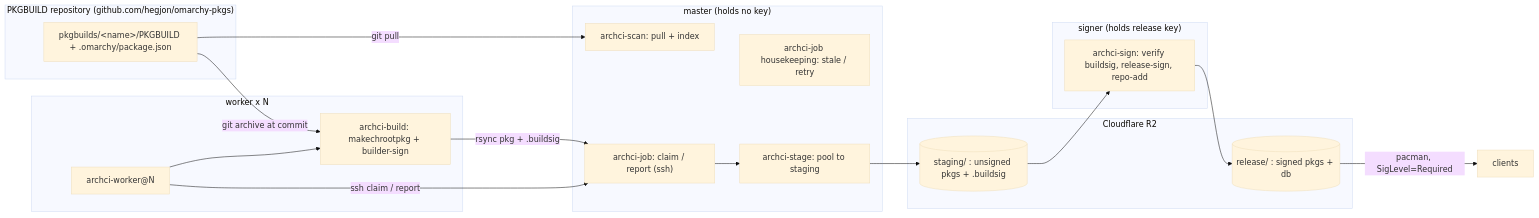
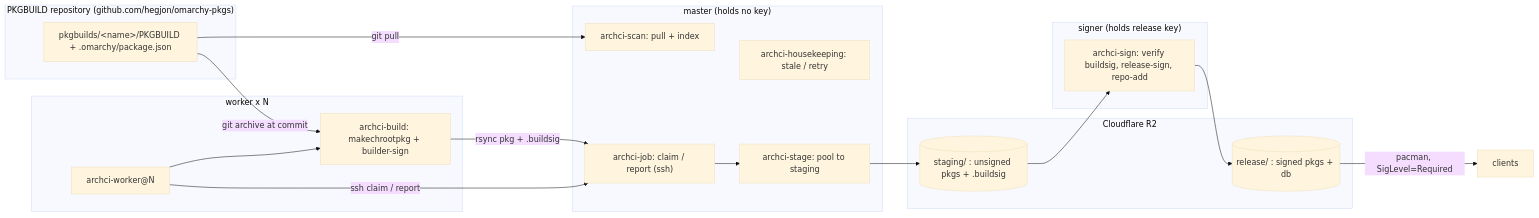
One commit to hegjon/archci changed the first of 2 diagrams in README.md. Above: the diagram before and after it, drawn with Mermaid (base theme). The commit also changed other lines of this file and 5 other files, not shown here.

First line of the commit message:
Housekeeping is internal: master/internal/archci-housekeeping, not a command

````diff
--- a/README.md
+++ b/README.md
@@ -31,30 +31,30 @@
 ```mermaid
 flowchart LR
   subgraph GH["PKGBUILD repository (github.com/hegjon/omarchy-pkgs)"]
     PK["pkgbuilds/&lt;name&gt;/PKGBUILD + .omarchy/package.json"]
   end
   subgraph MASTER["master (holds no key)"]
     SCAN["archci-scan: pull + index"]
     JOB["archci-job: claim / report (ssh)"]
-    KEEP["archci-job housekeeping: stale / retry"]
+    KEEP["archci-housekeeping: stale / retry"]
     STAGE["archci-stage: pool to staging"]
   end
   subgraph WORKER["worker x N"]
     WL["archci-worker@N"]
     BUILD["archci-build: makechrootpkg + builder-sign"]
   end
   subgraph SIGNER["signer (holds release key)"]
     SIGN["archci-sign: verify buildsig, release-sign, repo-add"]
   end
   subgraph R2["Cloudflare R2"]
     STG[("staging/ : unsigned pkgs + .buildsig")]
     REL[("release/ : signed pkgs + db")]
   end
   PK -->|git pull| SCAN
   WL -->|ssh claim / report| JOB
   WL --> BUILD
   PK -->|git archive at commit| BUILD
   BUILD -->|rsync pkg + .buildsig| JOB
   JOB --> STAGE --> STG --> SIGN --> REL
   REL -->|"pacman, SigLevel=Required"| CLIENTS["clients"]
 ```
````
